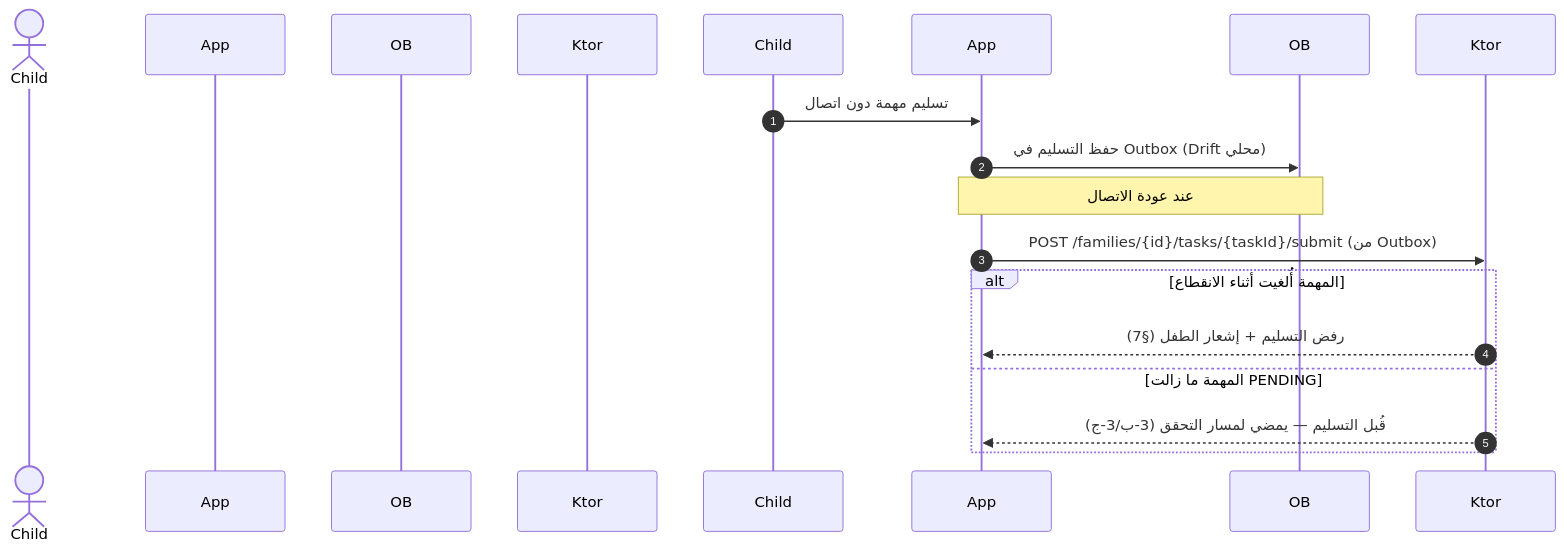
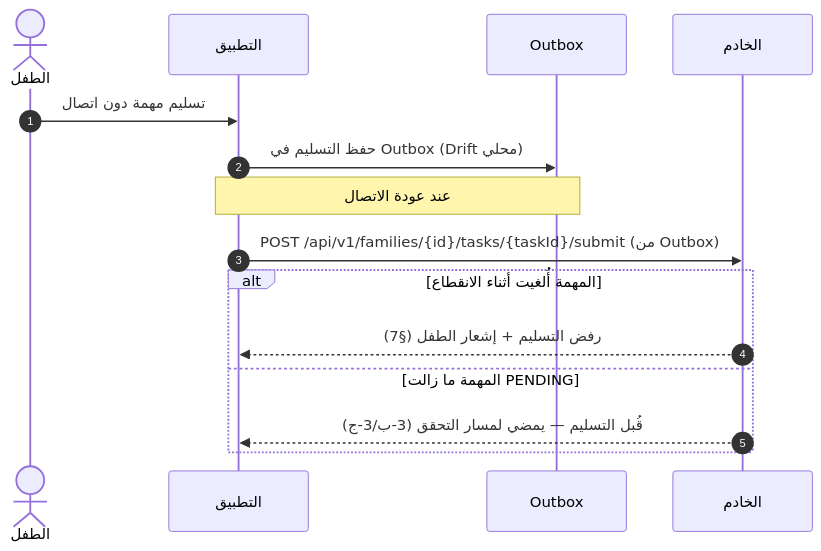
One commit to Bassam-mohammed-alqaeadi/family-os-v2 changed the eighth of 12 diagrams in docs/family-os/governance/phases/phase-1/S1-06-tasks-and-calendar/DIAGRAMS.md. Above: the diagram before and after it, drawn with Mermaid. The commit also changed other lines of this file and 10 other files, not shown here.

Commit message:
إغلاق المراجعة الشاملة R1–R5 (Q-196…Q-231) — المخططات DIAGRAMS + خريطة السياق (2/4)

````diff
--- a/docs/family-os/governance/phases/phase-1/S1-06-tasks-and-calendar/DIAGRAMS.md
+++ b/docs/family-os/governance/phases/phase-1/S1-06-tasks-and-calendar/DIAGRAMS.md
@@ -298,17 +311,17 @@
 ```mermaid
 sequenceDiagram
     autonumber
-    actor الطفل as Child
-    participant التطبيق as App
-    participant Outbox as OB
-    participant الخادم as Ktor
+    actor Child as الطفل
+    participant App as التطبيق
+    participant OB as Outbox
+    participant Ktor as الخادم
     Child->>App: تسليم مهمة دون اتصال
     App->>OB: حفظ التسليم في Outbox (Drift محلي)
     Note over App,OB: عند عودة الاتصال
-    App->>Ktor: POST /families/{id}/tasks/{taskId}/submit (من Outbox)
+    App->>Ktor: POST /api/v1/families/{id}/tasks/{taskId}/submit (من Outbox)
     alt المهمة أُلغيت أثناء الانقطاع
         Ktor-->>App: رفض التسليم + إشعار الطفل (§7)
     else المهمة ما زالت PENDING
         Ktor-->>App: قُبل التسليم — يمضي لمسار التحقق (3-ب/3-ج)
     end
 ```
````
